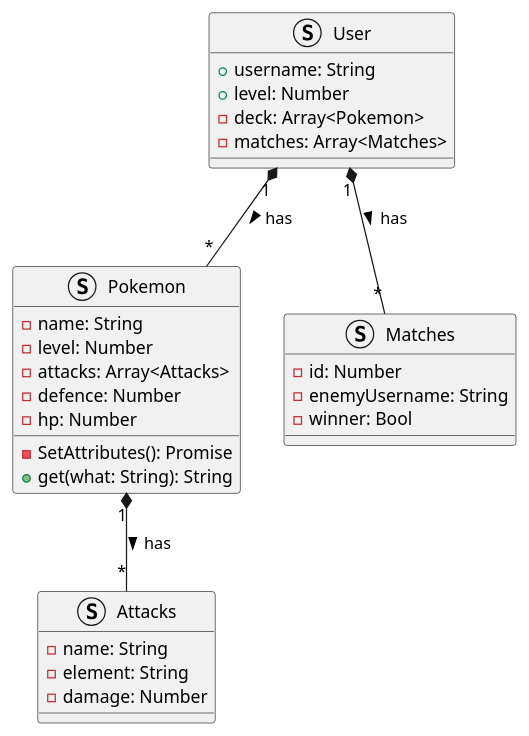
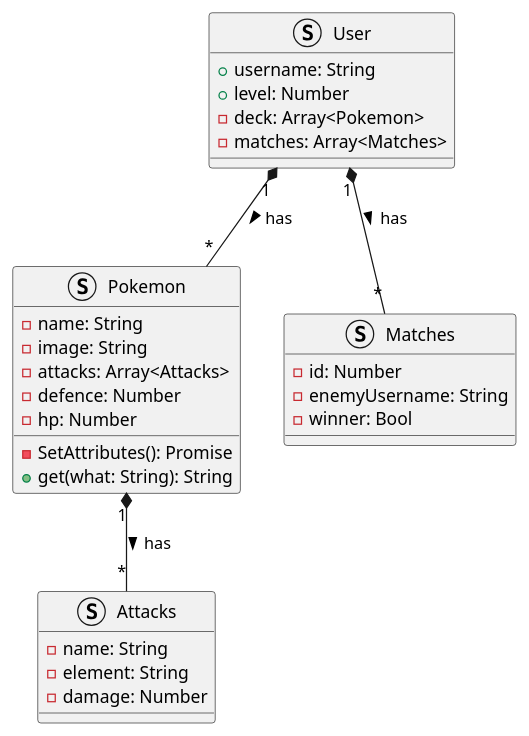
One commit to DuPont9029/Rifle changed the diagram in projects/UML.puml. Above: the diagram before and after it, drawn with PlantUML. The commit also changed 3 other files, not shown here.

```diff
--- a/projects/UML.puml
+++ b/projects/UML.puml
@@ -3,37 +3,37 @@
 @startuml decentramon_put_GUN
 
 struct User { 
     + username: String
     + level: Number
     - deck: Array<Pokemon>
     - matches: Array<Matches>
 }
 
 struct Pokemon {
     - name: String
-    - level: Number
+    - image: String
     - attacks: Array<Attacks>
     - defence: Number
     - hp: Number
 
     - SetAttributes(): Promise
     + get(what: String): String
 }
 
 struct Matches {
     - id: Number
     - enemyUsername: String
     - winner: Bool
 }
 
 struct Attacks {
     - name: String
     - element: String
     - damage: Number
 }
 
 User "1" *-- "*" Pokemon: has >
 User "1" *-- "*" Matches: has >
 Pokemon "1" *-- "*" Attacks: has >
 
 @enduml
```
